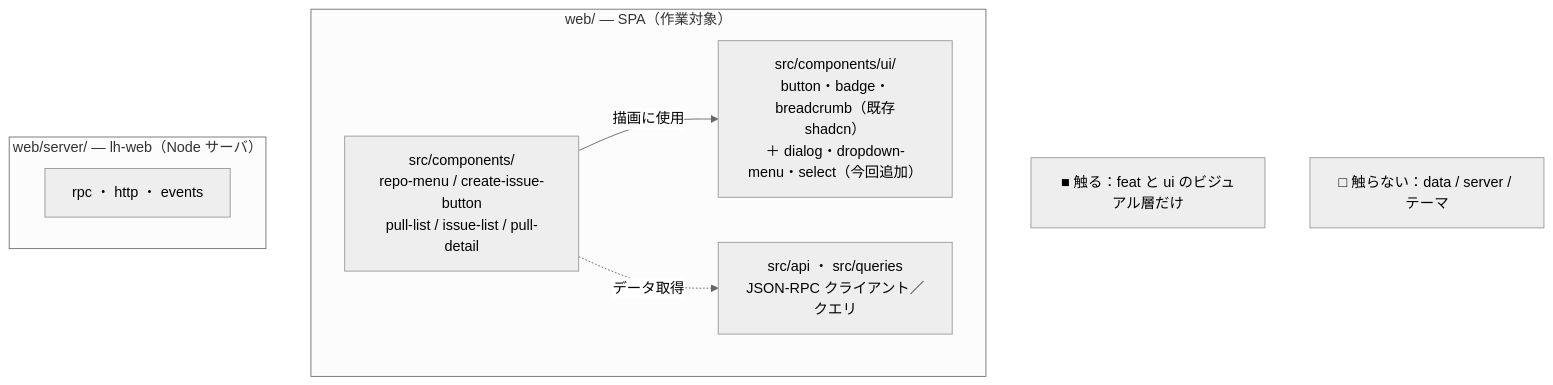
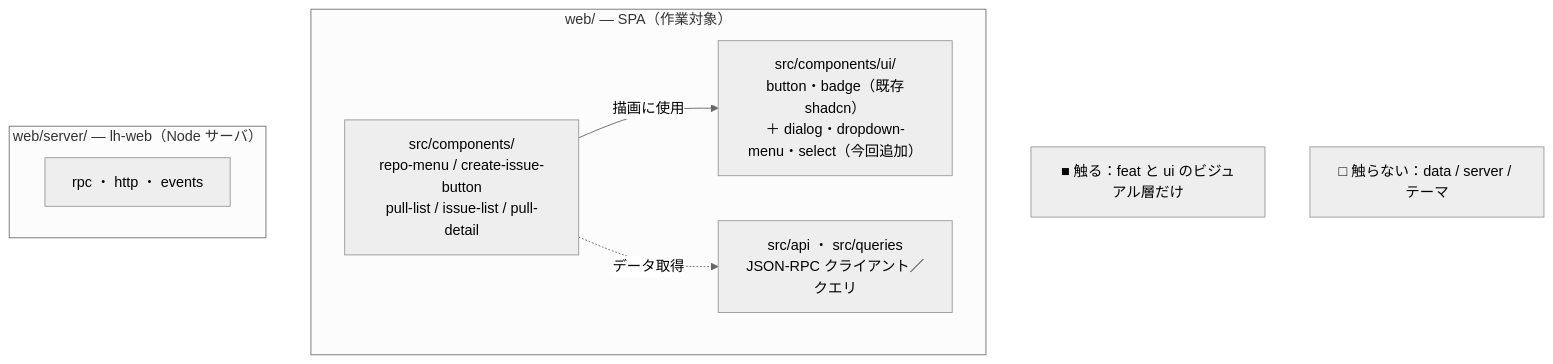
Before and after one commit to jugyo/loophub: the first of 4 diagrams in docs/shadcn-migration.ja.md, drawn with Mermaid (neutral theme). The commit also changed other lines of this file and 12 other files, not shown here.

````diff
--- a/docs/shadcn-migration.ja.md
+++ b/docs/shadcn-migration.ja.md
@@ -15,16 +15,16 @@
 ```mermaid
 flowchart TB
   subgraph web["web/ — SPA（作業対象）"]
     feat["src/components/<br/>repo-menu / create-issue-button<br/>pull-list / issue-list / pull-detail"]
-    ui["src/components/ui/<br/>button・badge・breadcrumb（既存shadcn）<br/>＋ dialog・dropdown-menu・select（今回追加）"]
+    ui["src/components/ui/<br/>button・badge（既存shadcn）<br/>＋ dialog・dropdown-menu・select（今回追加）"]
     data["src/api ・ src/queries<br/>JSON-RPC クライアント／クエリ"]
     feat -->|描画に使用| ui
     feat -.->|データ取得| data
   end
   subgraph server["web/server/ — lh-web（Node サーバ）"]
     s["rpc ・ http ・ events"]
   end
 
   touch["■ 触る：feat と ui のビジュアル層だけ"]
   keep["□ 触らない：data / server / テーマ"]
 ```
````
